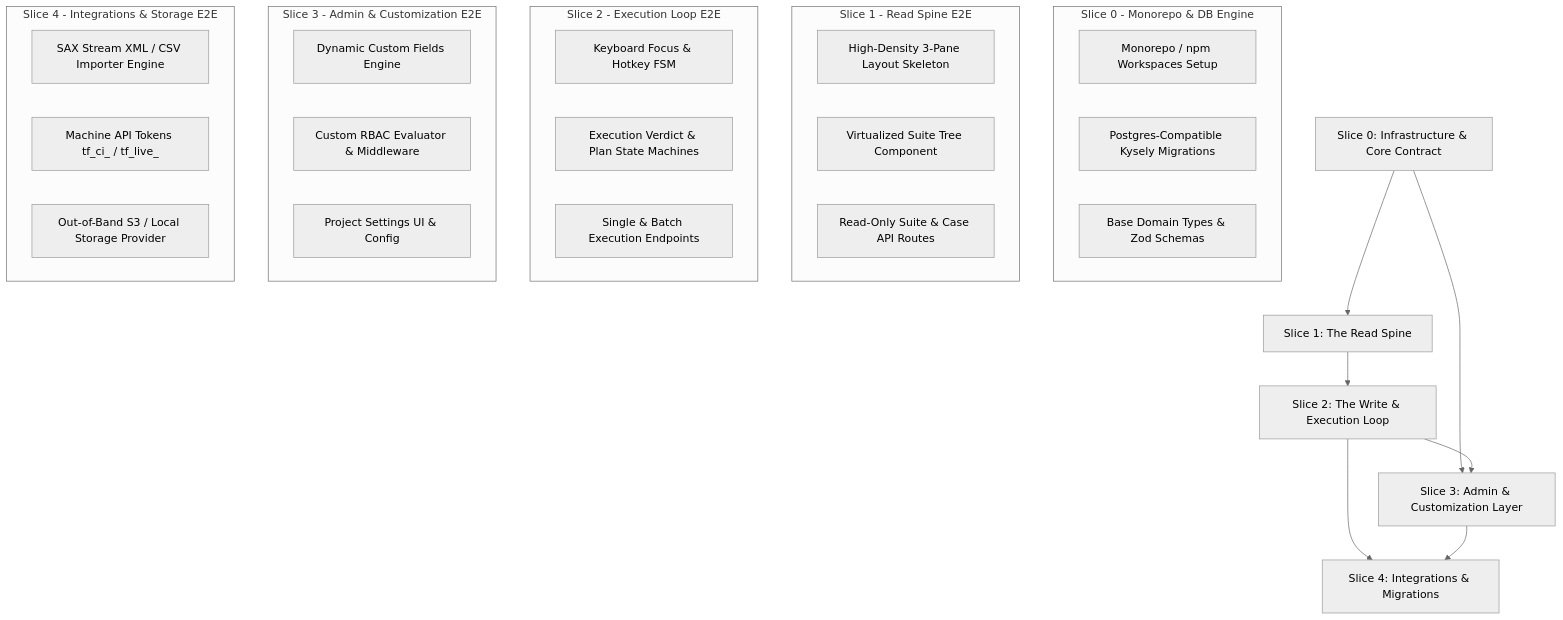
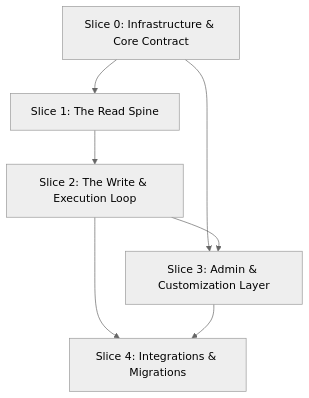
Before and after one commit to ElliotNewtonMiller/Testify: the diagram in docs/01_vertical_slices_roadmap.md, drawn with Mermaid (neutral theme). The commit also changed other lines of this file and 16 other files, not shown here.

````diff
--- a/docs/01_vertical_slices_roadmap.md
+++ b/docs/01_vertical_slices_roadmap.md
@@ -26,39 +23,9 @@
 ```mermaid
 flowchart TD
     S0[Slice 0: Infrastructure & Core Contract] --> S1[Slice 1: The Read Spine]
     S1 --> S2[Slice 2: The Write & Execution Loop]
     S0 --> S3[Slice 3: Admin & Customization Layer]
     S2 --> S3
     S2 --> S4[Slice 4: Integrations & Migrations]
     S3 --> S4
-
-    subgraph SLICE_0 [Slice 0 - Monorepo & DB Engine]
-        S0_1[Monorepo / npm Workspaces Setup]
-        S0_2[Postgres-Compatible Kysely Migrations]
-        S0_3[Base Domain Types & Zod Schemas]
-    end
-
-    subgraph SLICE_1 [Slice 1 - Read Spine E2E]
-        S1_1[High-Density 3-Pane Layout Skeleton]
-        S1_2[Virtualized Suite Tree Component]
-        S1_3[Read-Only Suite & Case API Routes]
-    end
-
-    subgraph SLICE_2 [Slice 2 - Execution Loop E2E]
-        S2_1[Keyboard Focus & Hotkey FSM]
-        S2_2[Execution Verdict & Plan State Machines]
-        S2_3[Single & Batch Execution Endpoints]
-    end
-
-    subgraph SLICE_3 [Slice 3 - Admin & Customization E2E]
-        S3_1[Dynamic Custom Fields Engine]
-        S3_2[Custom RBAC Evaluator & Middleware]
-        S3_3[Project Settings UI & Config]
-    end
-
-    subgraph SLICE_4 [Slice 4 - Integrations & Storage E2E]
-        S4_1[SAX Stream XML / CSV Importer Engine]
-        S4_2[Machine API Tokens tf_ci_ / tf_live_]
-        S4_3[Out-of-Band S3 / Local Storage Provider]
-    end
 ```
````
